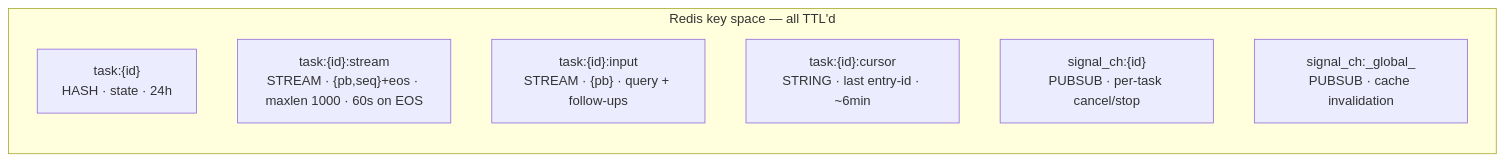
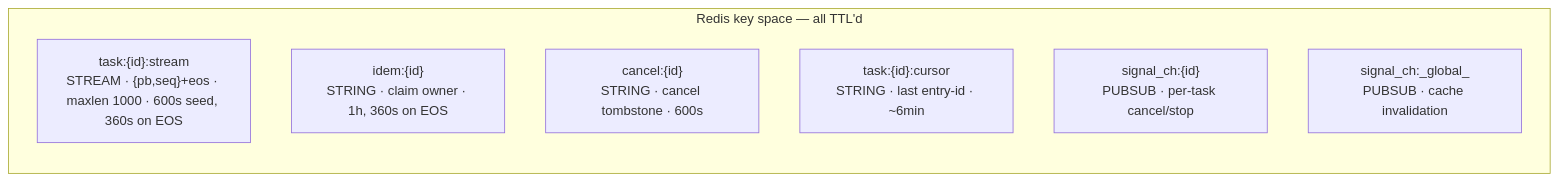
One commit to DigitalKin-ai/digitalkin changed the diagram in docs/diagrams/talk-redis-keys.mmd. Above: the diagram before and after it, drawn with Mermaid. The commit also changed 141 other files, not shown here.

```diff
--- a/docs/diagrams/talk-redis-keys.mmd
+++ b/docs/diagrams/talk-redis-keys.mmd
@@ -1,9 +1,9 @@
 flowchart LR
   subgraph KS["Redis key space — all TTL'd"]
-    T["task:{id}<br/>HASH · state · 24h"]
-    ST["task:{id}:stream<br/>STREAM · {pb,seq}+eos · maxlen 1000 · 60s on EOS"]
-    IN["task:{id}:input<br/>STREAM · {pb} · query + follow-ups"]
+    ST["task:{id}:stream<br/>STREAM · {pb,seq}+eos · maxlen 1000 · 600s seed, 360s on EOS"]
+    IDM["idem:{id}<br/>STRING · claim owner · 1h, 360s on EOS"]
+    CAN["cancel:{id}<br/>STRING · cancel tombstone · 600s"]
     CUR["task:{id}:cursor<br/>STRING · last entry-id · ~6min"]
     SIG["signal_ch:{id}<br/>PUBSUB · per-task cancel/stop"]
     GLO["signal_ch:_global_<br/>PUBSUB · cache invalidation"]
   end
```
